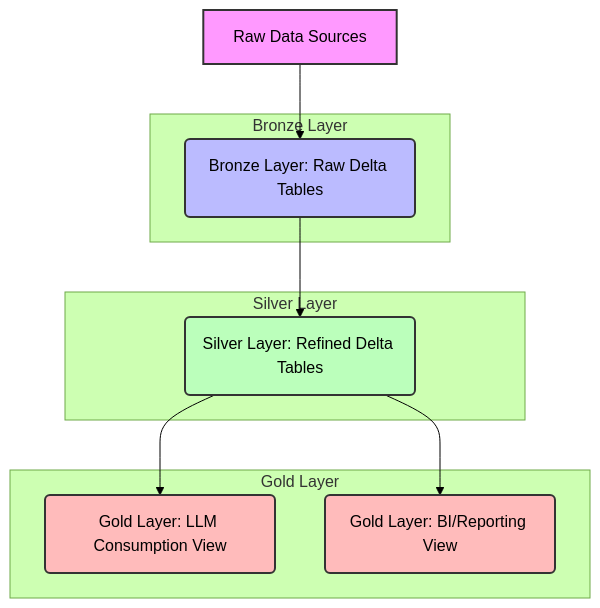
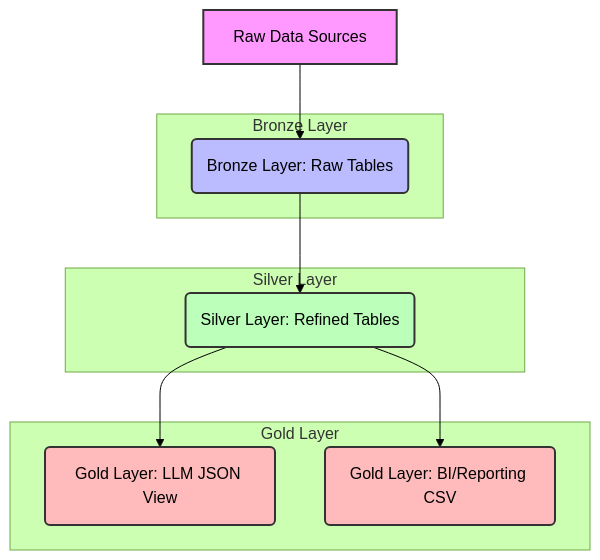
The diagram in docs/architecture_overview.md (luizfpa/Gold_Layer_LLM_Example), drawn with Mermaid (forest theme) before and after one commit. The commit also changed other lines of this file and 2 other files, not shown here.

Commit message:
Update docs to reflect DuckDB and JSON LLM output

````diff
--- a/docs/architecture_overview.md
+++ b/docs/architecture_overview.md
@@ -65,26 +59,26 @@
 ```mermaid
 graph TD
-    A[Raw Data Sources] --> B(Bronze Layer: Raw Delta Tables)
-    B --> C(Silver Layer: Refined Delta Tables)
-    C --> D1(Gold Layer: LLM Consumption View)
-    C --> D2(Gold Layer: BI/Reporting View)
+    A[Raw Data Sources] --> B(Bronze Layer: Raw Tables)
+    B --> C(Silver Layer: Refined Tables)
+    C --> D1(Gold Layer: LLM JSON View)
+    C --> D2(Gold Layer: BI/Reporting CSV)
 
     subgraph Bronze Layer
         B
     end
 
     subgraph Silver Layer
         C
     end
 
     subgraph Gold Layer
         D1
         D2
     end
 
     style A fill:#f9f,stroke:#333,stroke-width:2px
     style B fill:#bbf,stroke:#333,stroke-width:2px
     style C fill:#bfb,stroke:#333,stroke-width:2px
     style D1 fill:#fbb,stroke:#333,stroke-width:2px
     style D2 fill:#fbb,stroke:#333,stroke-width:2px
 ```
````
